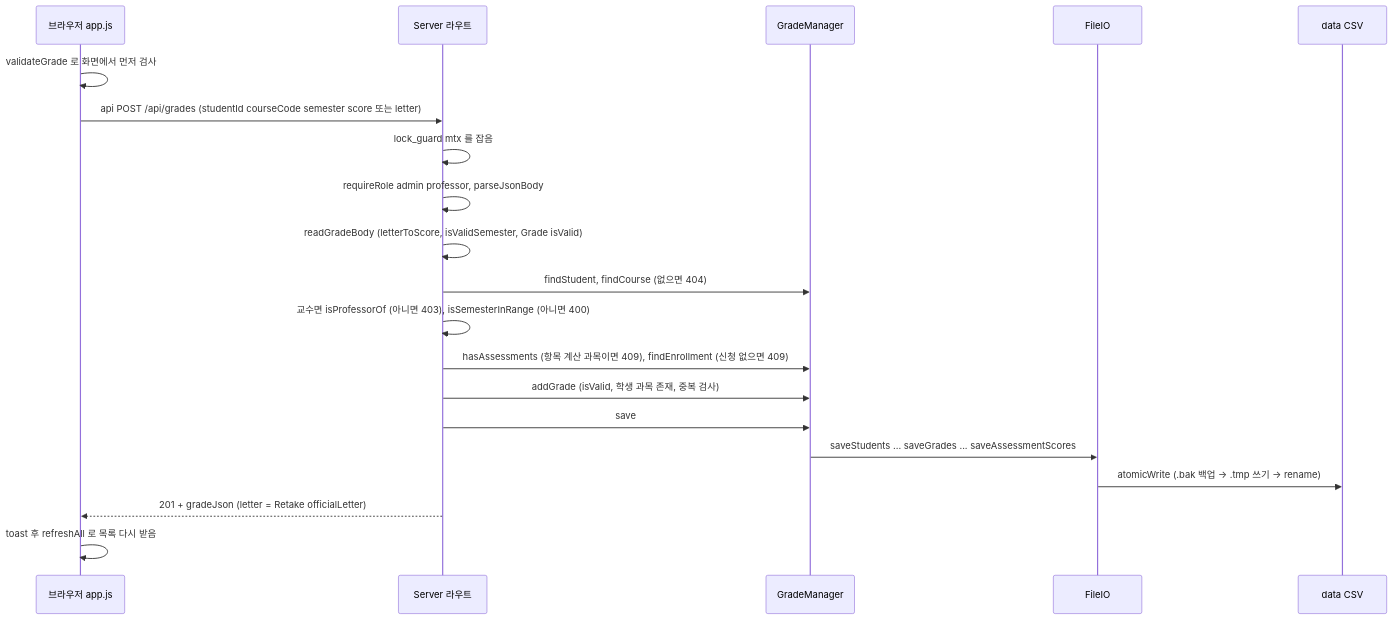
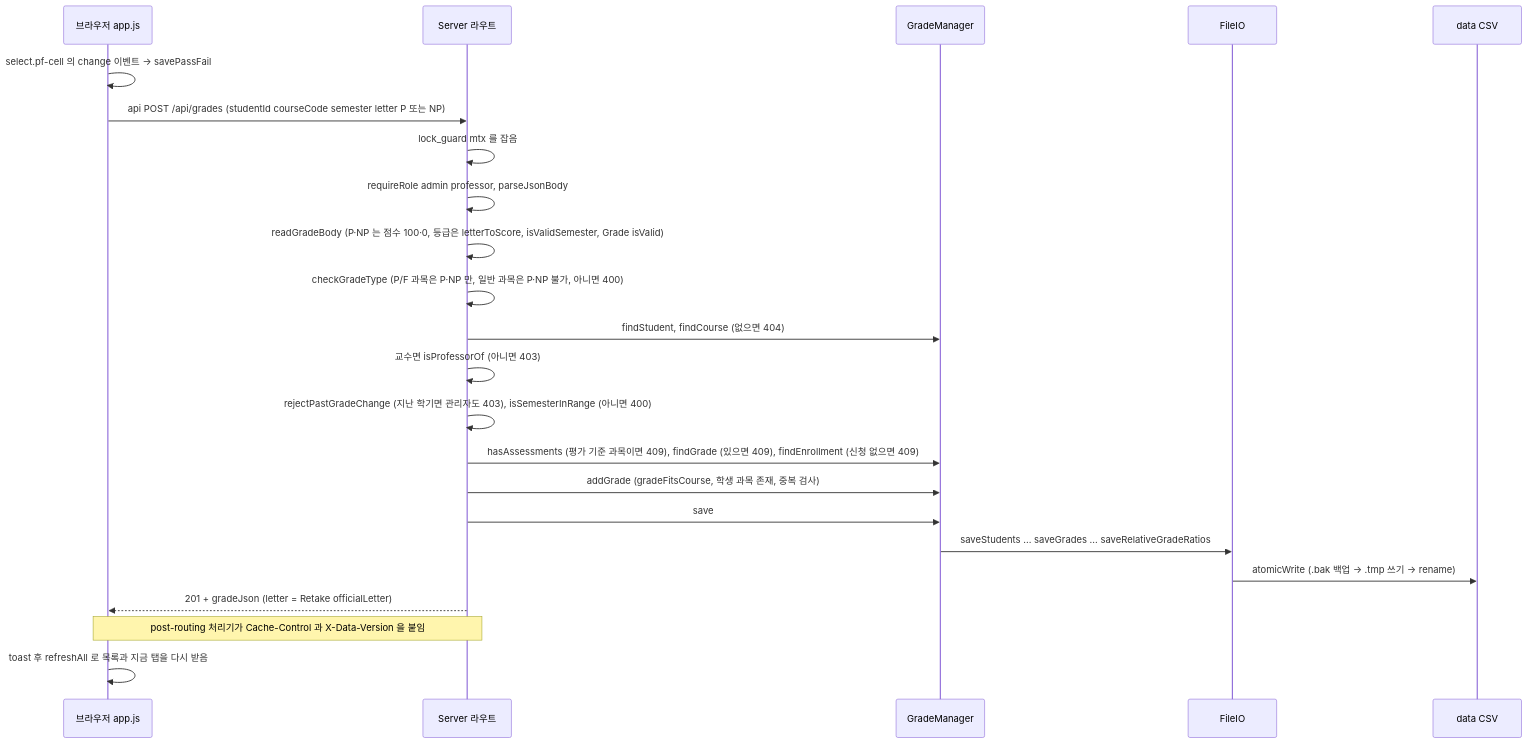
Before and after one commit to 2026ENDPoinT/team01: the second of 4 diagrams in docs/architecture.md, drawn with Mermaid. The commit also changed other lines of this file, not shown here.

````diff
--- a/docs/architecture.md
+++ b/docs/architecture.md
@@ -108,23 +123,26 @@
 ```mermaid
 sequenceDiagram
     participant B as 브라우저 app.js
     participant S as Server 라우트
     participant G as GradeManager
     participant F as FileIO
     participant D as data CSV
 
-    B->>B: validateGrade 로 화면에서 먼저 검사
-    B->>S: api POST /api/grades (studentId courseCode semester score 또는 letter)
+    B->>B: select.pf-cell 의 change 이벤트 → savePassFail
+    B->>S: api POST /api/grades (studentId courseCode semester letter P 또는 NP)
     S->>S: lock_guard mtx 를 잡음
     S->>S: requireRole admin professor, parseJsonBody
-    S->>S: readGradeBody (letterToScore, isValidSemester, Grade isValid)
+    S->>S: readGradeBody (P·NP 는 점수 100·0, 등급은 letterToScore, isValidSemester, Grade isValid)
+    S->>S: checkGradeType (P/F 과목은 P·NP 만, 일반 과목은 P·NP 불가, 아니면 400)
     S->>G: findStudent, findCourse (없으면 404)
-    S->>S: 교수면 isProfessorOf (아니면 403), isSemesterInRange (아니면 400)
-    S->>G: hasAssessments (항목 계산 과목이면 409), findEnrollment (신청 없으면 409)
-    S->>G: addGrade (isValid, 학생 과목 존재, 중복 검사)
+    S->>S: 교수면 isProfessorOf (아니면 403)
+    S->>S: rejectPastGradeChange (지난 학기면 관리자도 403), isSemesterInRange (아니면 400)
+    S->>G: hasAssessments (평가 기준 과목이면 409), findGrade (있으면 409), findEnrollment (신청 없으면 409)
+    S->>G: addGrade (gradeFitsCourse, 학생 과목 존재, 중복 검사)
     S->>G: save
-    G->>F: saveStudents ... saveGrades ... saveAssessmentScores
+    G->>F: saveStudents ... saveGrades ... saveRelativeGradeRatios
     F->>D: atomicWrite (.bak 백업 → .tmp 쓰기 → rename)
     S-->>B: 201 + gradeJson (letter = Retake officialLetter)
-    B->>B: toast 후 refreshAll 로 목록 다시 받음
+    Note over B,S: post-routing 처리기가 Cache-Control 과 X-Data-Version 을 붙임
+    B->>B: toast 후 refreshAll 로 목록과 지금 탭을 다시 받음
 ```
````
